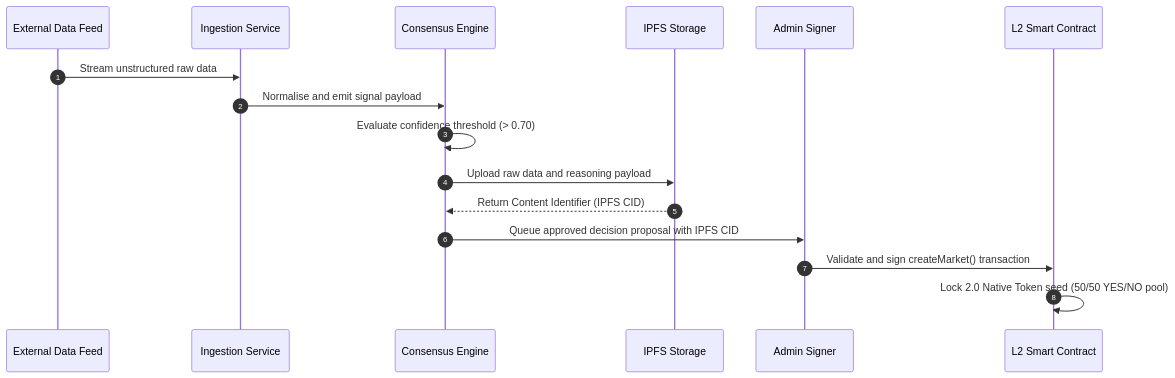
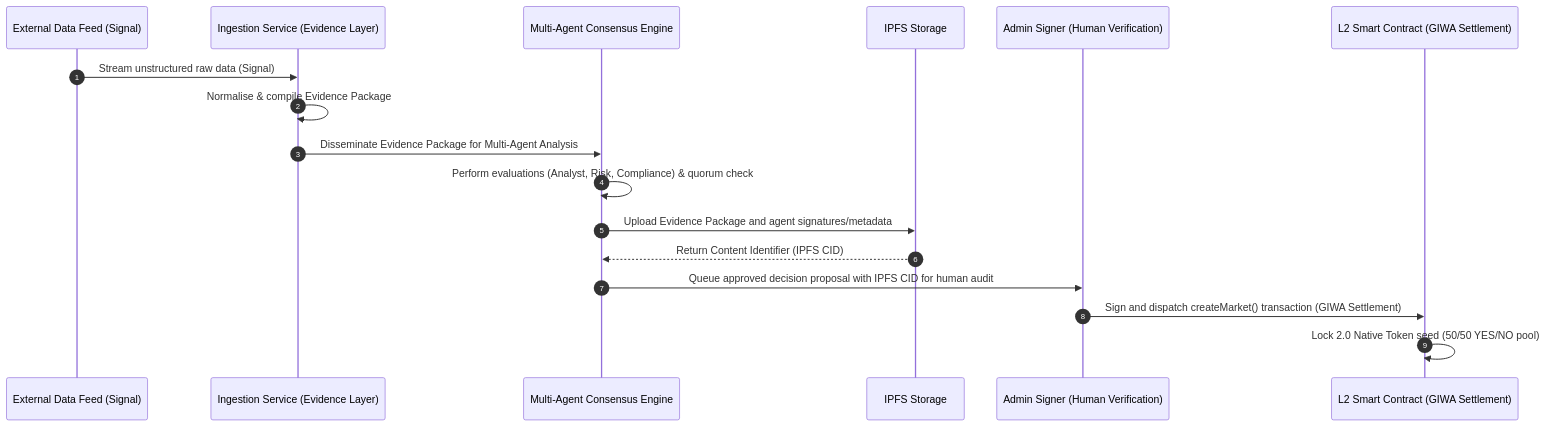
The first of 2 diagrams in ARCHITECTURE.md (0xaje/AiraMarKet), drawn with Mermaid before and after one commit. The commit also changed other lines of this file and 7 other files, not shown here.

Commit message:
docs(architecture): introduce Ingestion & Evidence Layer concept and model parameters

````diff
--- a/ARCHITECTURE.md
+++ b/ARCHITECTURE.md
@@ -82,19 +85,20 @@
 ```mermaid
 sequenceDiagram
     autonumber
-    participant Feed as External Data Feed
-    participant Ingest as Ingestion Service
-    participant Engine as Consensus Engine
+    participant Feed as External Data Feed (Signal)
+    participant Ingest as Ingestion Service (Evidence Layer)
+    participant Engine as Multi-Agent Consensus Engine
     participant IPFS as IPFS Storage
-    participant Admin as Admin Signer
-    participant Contract as L2 Smart Contract
+    participant Admin as Admin Signer (Human Verification)
+    participant Contract as L2 Smart Contract (GIWA Settlement)
 
-    Feed->>Ingest: Stream unstructured raw data
-    Ingest->>Engine: Normalise and emit signal payload
-    Engine->>Engine: Evaluate confidence threshold (> 0.70)
-    Engine->>IPFS: Upload raw data and reasoning payload
+    Feed->>Ingest: Stream unstructured raw data (Signal)
+    Ingest->>Ingest: Normalise & compile Evidence Package
+    Ingest->>Engine: Disseminate Evidence Package for Multi-Agent Analysis
+    Engine->>Engine: Perform evaluations (Analyst, Risk, Compliance) & quorum check
+    Engine->>IPFS: Upload Evidence Package and agent signatures/metadata
     IPFS-->>Engine: Return Content Identifier (IPFS CID)
-    Engine->>Admin: Queue approved decision proposal with IPFS CID
-    Admin->>Contract: Validate and sign createMarket() transaction
+    Engine->>Admin: Queue approved decision proposal with IPFS CID for human audit
+    Admin->>Contract: Sign and dispatch createMarket() transaction (GIWA Settlement)
     Contract->>Contract: Lock 2.0 Native Token seed (50/50 YES/NO pool)
 ```
````
